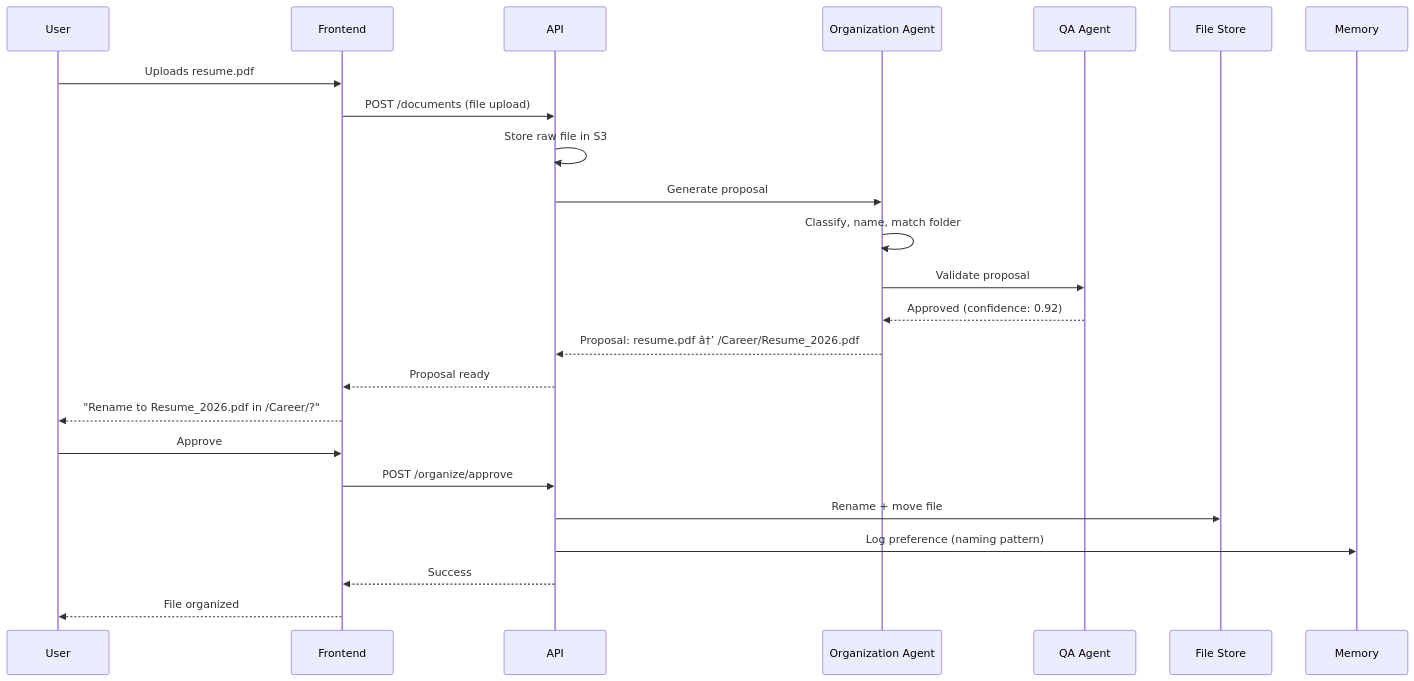
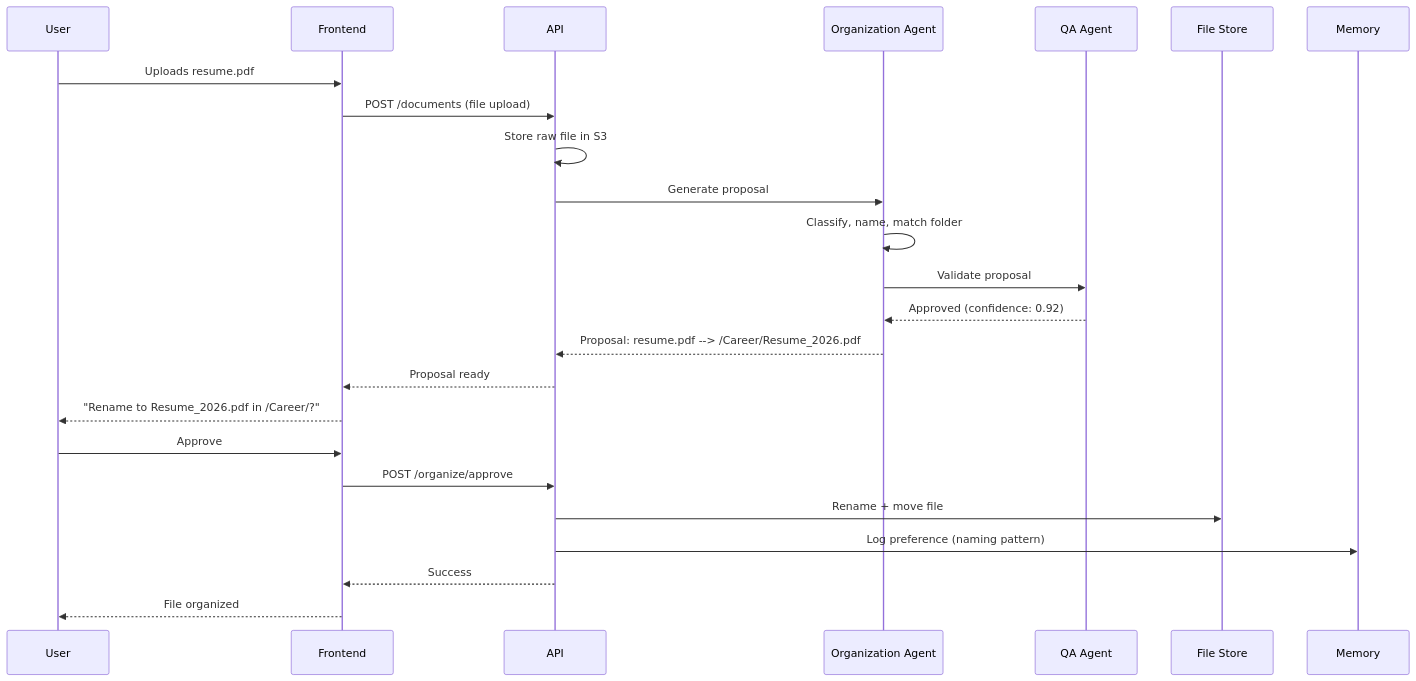
The second of 2 diagrams in Docs/Product/Feature-Specs/Auto-Organization.md (Driftloom/Vaeloom), drawn with Mermaid before and after one commit. The commit also changed other lines of this file and 31 other files, not shown here.

Commit message:
docs(product): add PRD, roadmap, user-stories, personas, specs, and strategy

````diff
--- a/Docs/Product/Feature-Specs/Auto-Organization.md
+++ b/Docs/Product/Feature-Specs/Auto-Organization.md
@@ -212,27 +212,27 @@
 ```mermaid
 sequenceDiagram
     participant U as User
     participant FE as Frontend
     participant API as API
     participant OA as Organization Agent
     participant QA as QA Agent
     participant FS as File Store
     participant MEM as Memory
 
     U->>FE: Uploads resume.pdf
     FE->>API: POST /documents (file upload)
     API->>API: Store raw file in S3
     API->>OA: Generate proposal
     OA->>OA: Classify, name, match folder
     OA->>QA: Validate proposal
     QA-->>OA: Approved (confidence: 0.92)
-    OA-->>API: Proposal: resume.pdf â†’ /Career/Resume_2026.pdf
+    OA-->>API: Proposal: resume.pdf --> /Career/Resume_2026.pdf
     API-->>FE: Proposal ready
     FE-->>U: "Rename to Resume_2026.pdf in /Career/?"
     U->>FE: Approve
     FE->>API: POST /organize/approve
     API->>FS: Rename + move file
     API->>MEM: Log preference (naming pattern)
     API-->>FE: Success
     FE-->>U: File organized
 ```
````
